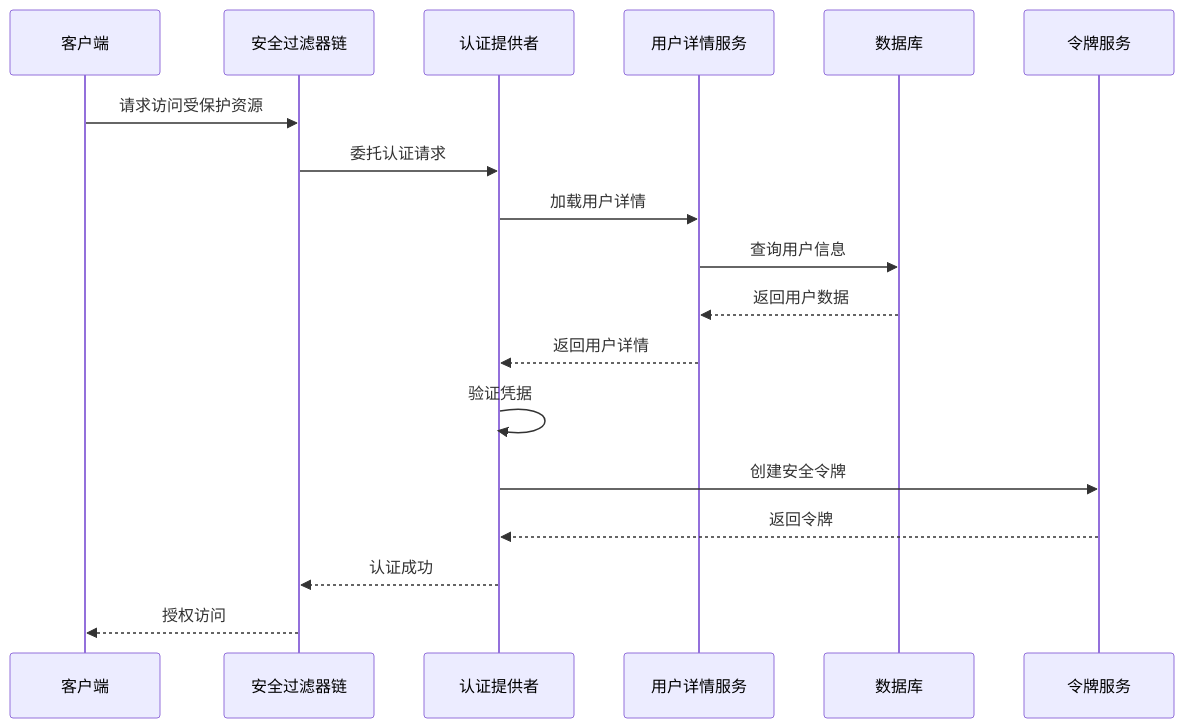
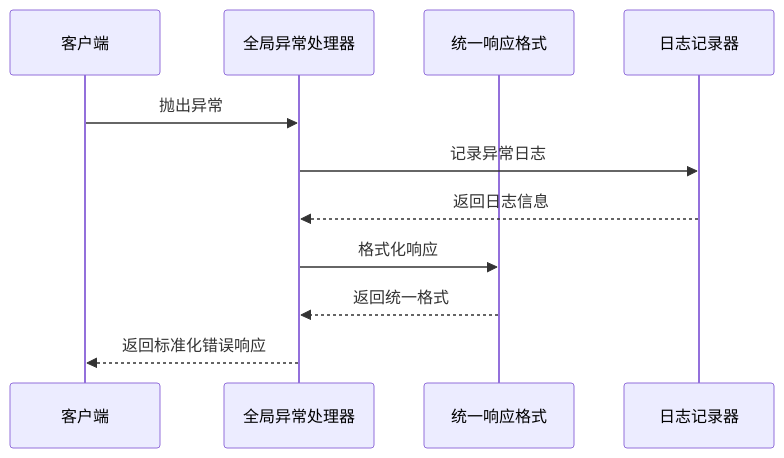
Before and after one commit to gree-coder/fund-butler: the fifth of 15 diagrams in .qoder/repowiki/zh/content/核心功能开发/安全配置.md, drawn with Mermaid. The commit also changed other lines of this file and 10 other files, not shown here.

````diff
--- a/.qoder/repowiki/zh/content/核心功能开发/安全配置.md
+++ b/.qoder/repowiki/zh/content/核心功能开发/安全配置.md
@@ -173,20 +215,13 @@
 ```mermaid
 sequenceDiagram
 participant C as 客户端
-participant S as 安全过滤器链
-participant A as 认证提供者
-participant U as 用户详情服务
-participant D as 数据库
-participant T as 令牌服务
-C->>S : 请求访问受保护资源
-S->>A : 委托认证请求
-A->>U : 加载用户详情
-U->>D : 查询用户信息
-D-->>U : 返回用户数据
-U-->>A : 返回用户详情
-A->>A : 验证凭据
-A->>T : 创建安全令牌
-T-->>A : 返回令牌
-A-->>S : 认证成功
-S-->>C : 授权访问
+participant E as 全局异常处理器
+participant R as 统一响应格式
+participant L as 日志记录器
+C->>E : 抛出异常
+E->>L : 记录异常日志
+L-->>E : 返回日志信息
+E->>R : 格式化响应
+R-->>E : 返回统一格式
+E-->>C : 返回标准化错误响应
 ```
````
